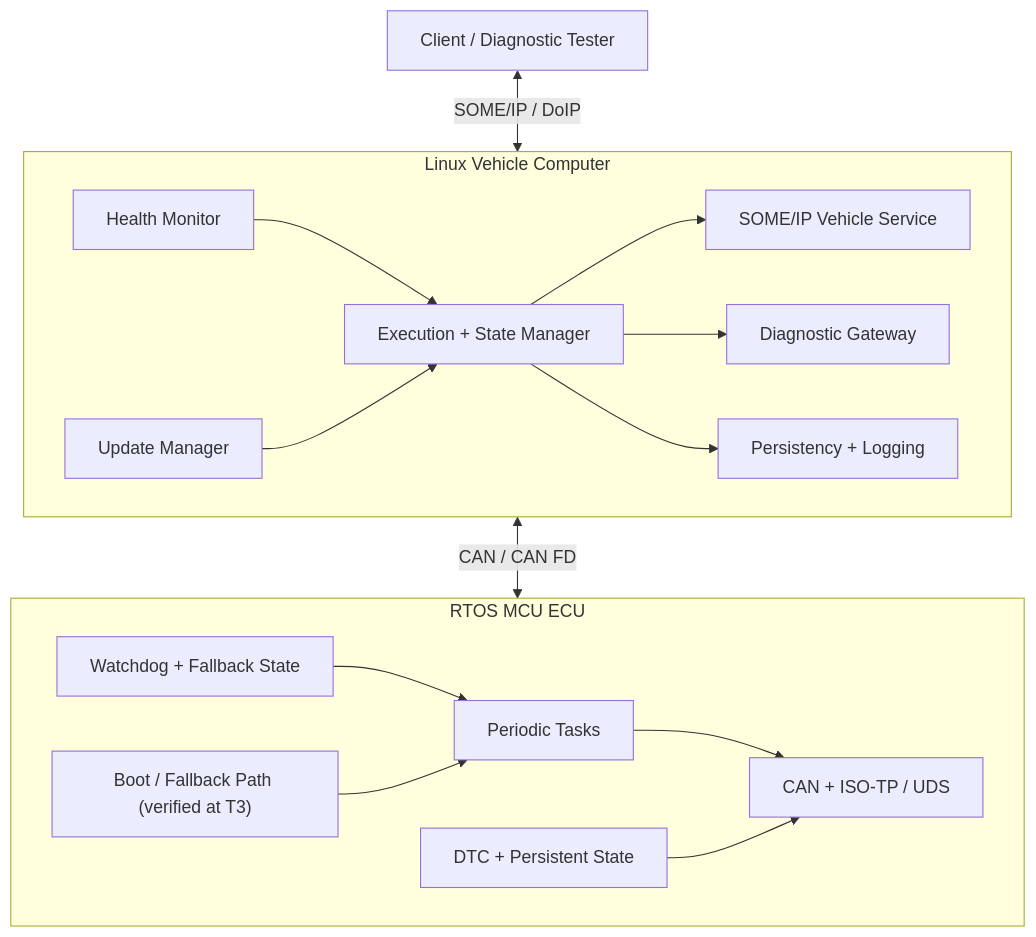
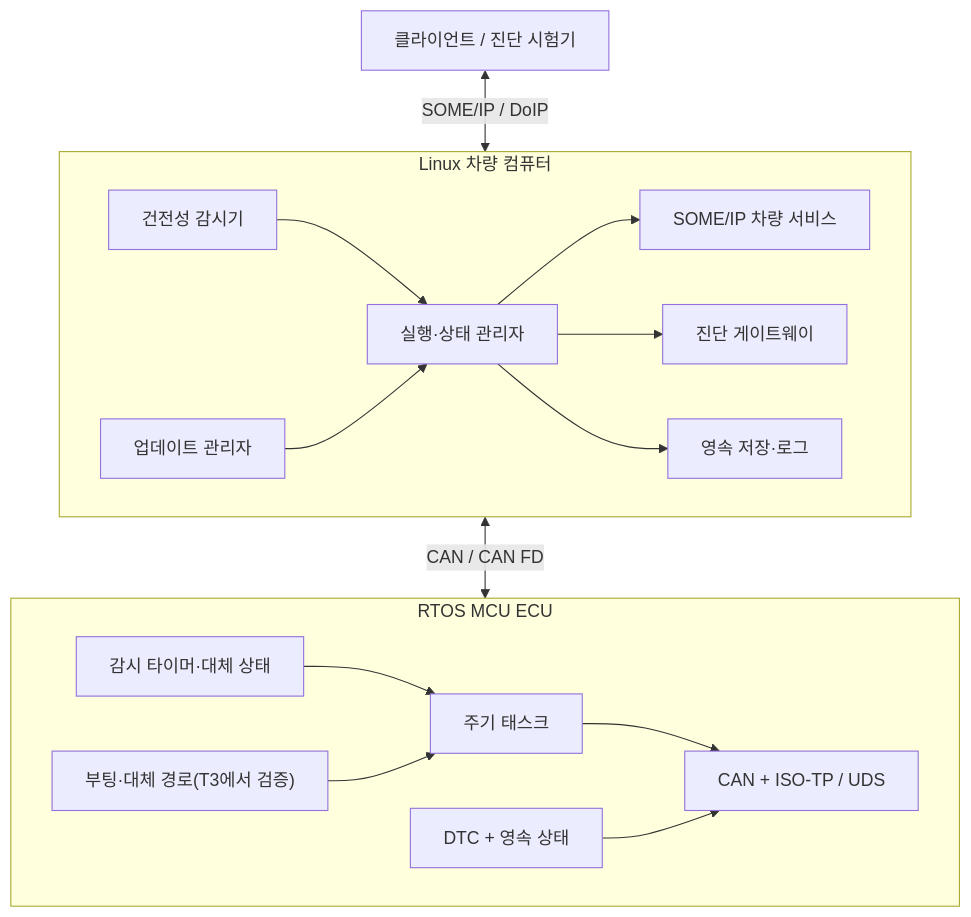
One commit to ThePo1es/adaptive-vehicle-platform-lab changed the diagram in README.md. Above: the diagram before and after it, drawn with Mermaid. The commit also changed 6 other files, not shown here.

````diff
--- a/README.md
+++ b/README.md
@@ -83,33 +83,33 @@
 ```mermaid
 flowchart TB
-    Client["Client / Diagnostic Tester"]
+    Client["클라이언트 / 진단 시험기"]
 
-    subgraph Linux["Linux Vehicle Computer"]
-        VSS["SOME/IP Vehicle Service"]
-        DG["Diagnostic Gateway"]
-        EM["Execution + State Manager"]
-        HM["Health Monitor"]
-        UM["Update Manager"]
-        OBS["Persistency + Logging"]
+    subgraph Linux["Linux 차량 컴퓨터"]
+        VSS["SOME/IP 차량 서비스"]
+        DG["진단 게이트웨이"]
+        EM["실행·상태 관리자"]
+        HM["건전성 감시기"]
+        UM["업데이트 관리자"]
+        OBS["영속 저장·로그"]
     end
 
     subgraph MCU["RTOS MCU ECU"]
-        Tasks["Periodic Tasks"]
+        Tasks["주기 태스크"]
         CAN["CAN + ISO-TP / UDS"]
-        DTC["DTC + Persistent State"]
-        WDG["Watchdog + Fallback State"]
-        Boot["Boot / Fallback Path (verified at T3)"]
+        DTC["DTC + 영속 상태"]
+        WDG["감시 타이머·대체 상태"]
+        Boot["부팅·대체 경로(T3에서 검증)"]
     end
 
     Client <-->|"SOME/IP / DoIP"| Linux
     Linux <-->|"CAN / CAN FD"| MCU
     EM --> VSS
     EM --> DG
     HM --> EM
     UM --> EM
     EM --> OBS
     Tasks --> CAN
     WDG --> Tasks
     Boot --> Tasks
     DTC --> CAN
 ```
````
